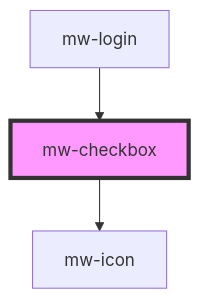
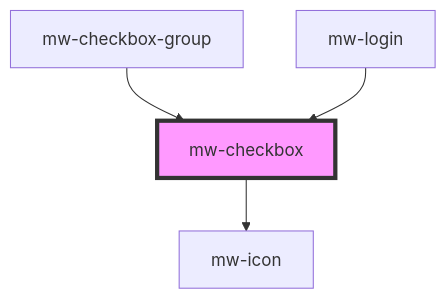
One commit to MaibornWolff/mwui changed the diagram in mwui-stencil/src/components/mw-checkbox/readme.md. Above: the diagram before and after it, drawn with Mermaid. The commit also changed other lines of this file and 14 other files, not shown here.

Commit message:
fix checkboxes in checkbox-group not always being checked by parent, fix checkboxChange EventEmitter, add docu and spec tests

````diff
--- a/mwui-stencil/src/components/mw-checkbox/readme.md
+++ b/mwui-stencil/src/components/mw-checkbox/readme.md
@@ -34,6 +37,7 @@
 ```mermaid
 graph TD;
   mw-checkbox --> mw-icon
+  mw-checkbox-group --> mw-checkbox
   mw-login --> mw-checkbox
   style mw-checkbox fill:#f9f,stroke:#333,stroke-width:4px
 ```
````
